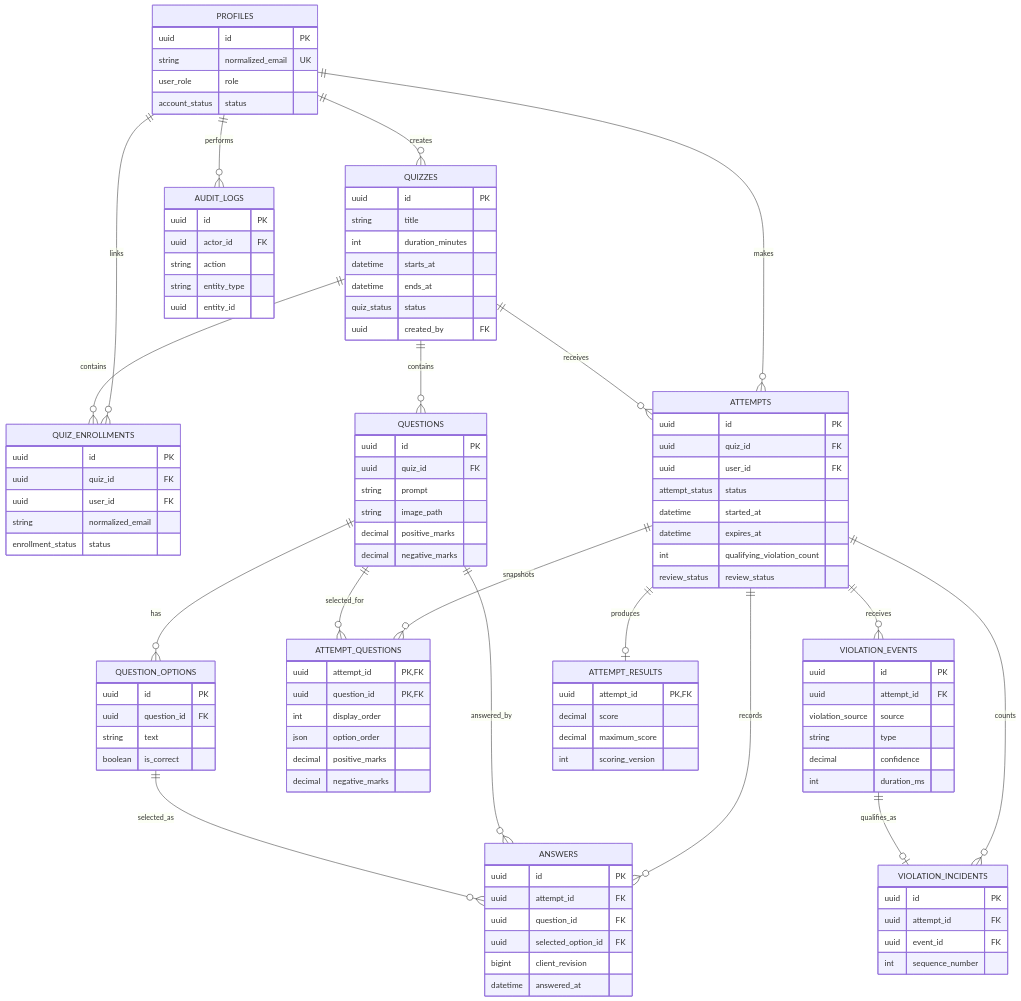
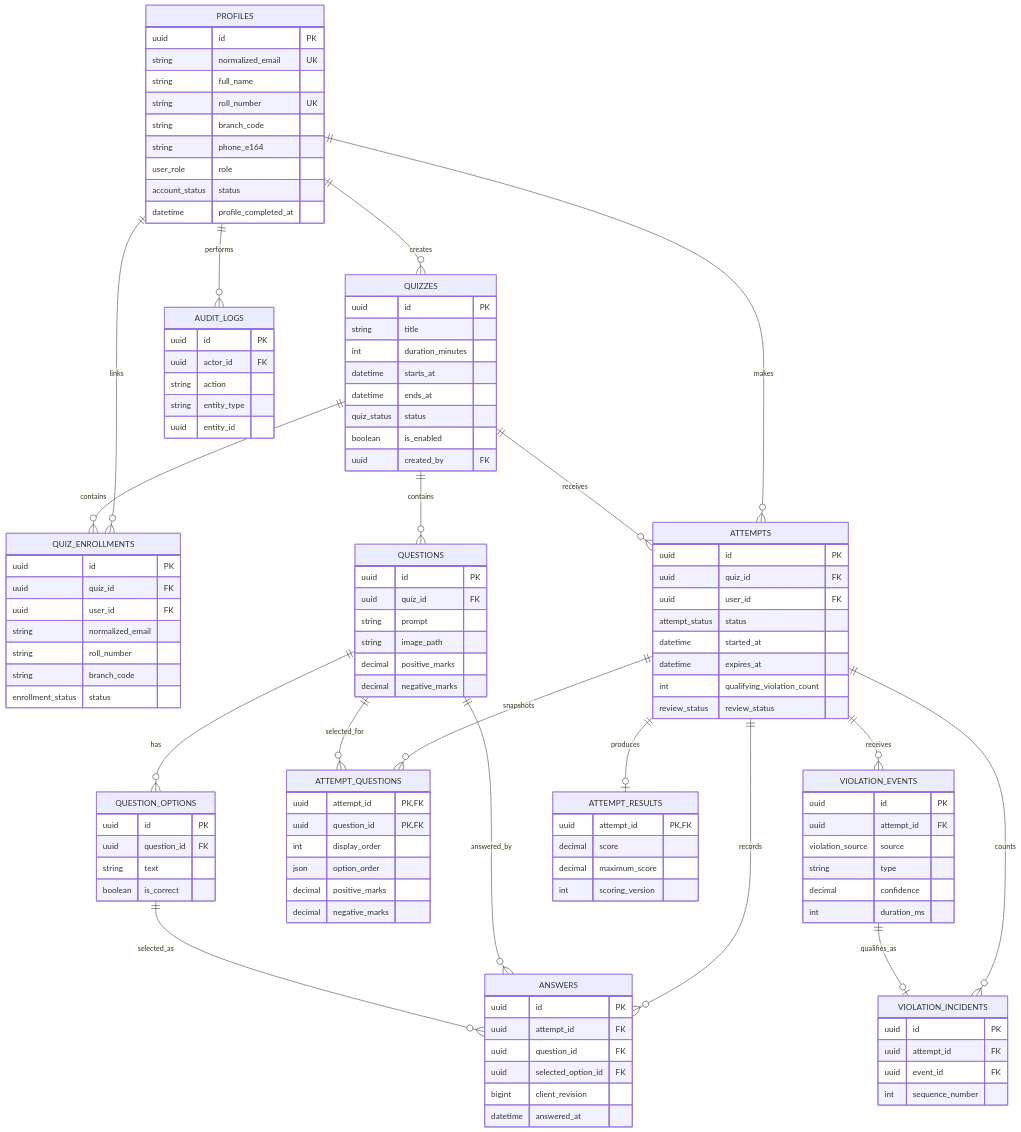
One commit to ayushs206/owasp-quiz-be changed the diagram in docs/database-design.md. Above: the diagram before and after it, drawn with Mermaid. The commit also changed other lines of this file and 4 other files, not shown here.

```diff
--- a/docs/database-design.md
+++ b/docs/database-design.md
@@ -34,8 +34,13 @@
     PROFILES {
         uuid id PK
         string normalized_email UK
+        string full_name
+        string roll_number UK
+        string branch_code
+        string phone_e164
         user_role role
         account_status status
+        datetime profile_completed_at
     }
 
     QUIZZES {
@@ -45,6 +50,7 @@
         datetime starts_at
         datetime ends_at
         quiz_status status
+        boolean is_enabled
         uuid created_by FK
     }
 
@@ -53,6 +59,8 @@
         uuid quiz_id FK
         uuid user_id FK
         string normalized_email
+        string roll_number
+        string branch_code
         enrollment_status status
     }
 
```
